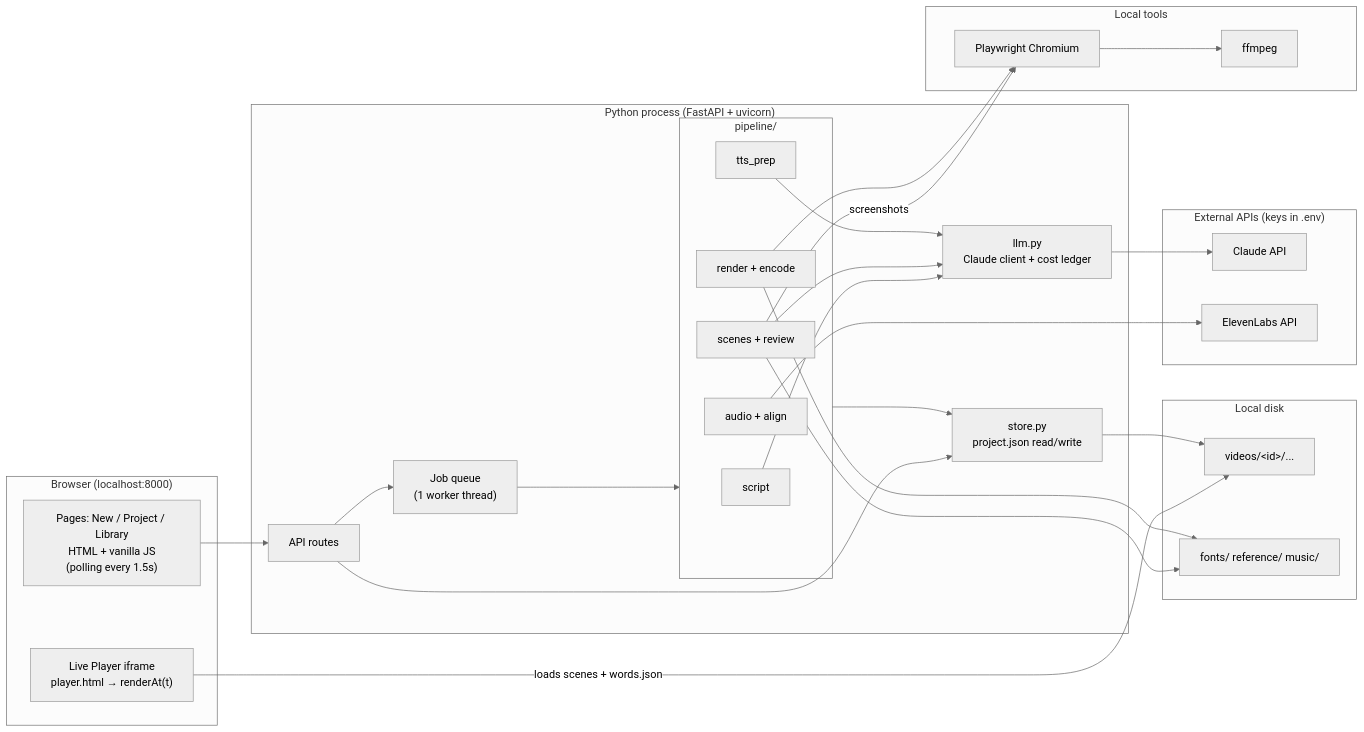
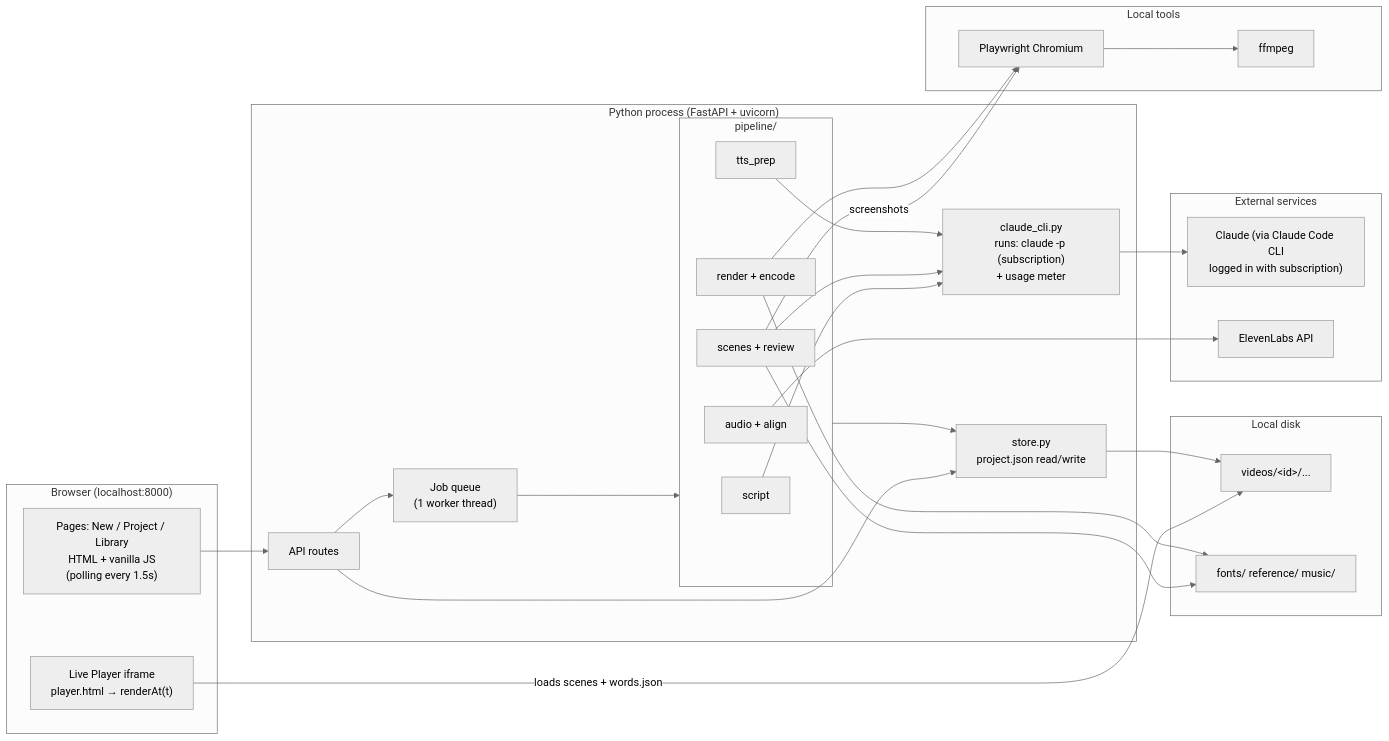
Before and after one commit to nname052/id: the first of 3 diagrams in docs/ARCHITECTURE.md, drawn with Mermaid (neutral theme). The commit also changed other lines of this file, not shown here.

First line of the commit message:
Switch design to Claude subscription (claude -p) and ElevenLabs credits

````diff
--- a/docs/ARCHITECTURE.md
+++ b/docs/ARCHITECTURE.md
@@ -28,47 +29,47 @@
 ```mermaid
 flowchart LR
   subgraph Browser["Browser (localhost:8000)"]
     UI["Pages: New / Project / Library<br/>HTML + vanilla JS<br/>(polling every 1.5s)"]
     LP["Live Player iframe<br/>player.html → renderAt(t)"]
   end
 
   subgraph Server["Python process (FastAPI + uvicorn)"]
     API["API routes"]
     Q["Job queue<br/>(1 worker thread)"]
     subgraph Pipeline["pipeline/"]
       S1["script"]
       S2["scenes + review"]
       S3["tts_prep"]
       S4["audio + align"]
       S5["render + encode"]
     end
-    LLM["llm.py<br/>Claude client + cost ledger"]
+    LLM["claude_cli.py<br/>runs: claude -p (subscription)<br/>+ usage meter"]
     STORE["store.py<br/>project.json read/write"]
   end
 
   subgraph Disk["Local disk"]
     VID["videos/&lt;id&gt;/..."]
     ASSETS["fonts/ reference/ music/"]
   end
 
-  subgraph External["External APIs (keys in .env)"]
-    CL["Claude API"]
+  subgraph External["External services"]
+    CL["Claude (via Claude Code CLI<br/>logged in with subscription)"]
     EL["ElevenLabs API"]
   end
 
   subgraph Local["Local tools"]
     PW["Playwright Chromium"]
     FF["ffmpeg"]
   end
 
   UI --> API
   LP -->|loads scenes + words.json| VID
   API --> STORE
   API --> Q --> Pipeline
   S1 & S2 & S3 --> LLM --> CL
   S2 -->|screenshots| PW
   S4 --> EL
   S5 --> PW --> FF
   Pipeline --> STORE --> VID
   S2 & S5 --> ASSETS
 ```
````
